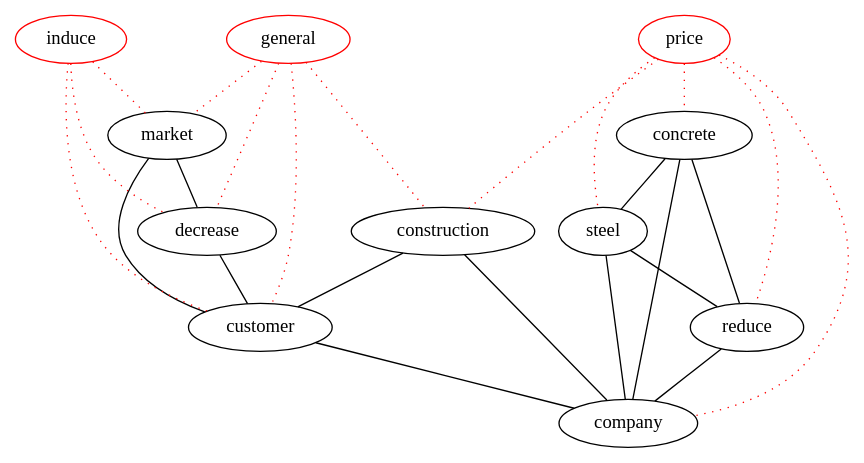
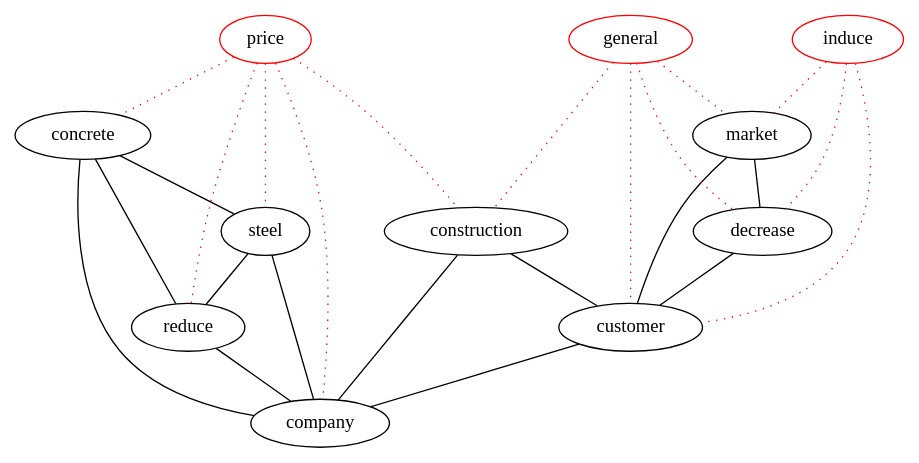
The diagram in dot/d2.dot (michaelweiss/keygraph), drawn with Graphviz before and after one commit. The commit also changed other lines of this file and 3 other files, not shown here.

```diff
--- a/dot/d2.dot
+++ b/dot/d2.dot
@@ -1,38 +1,38 @@
 graph keygraph {
 graph [size="10,10"]
 concrete [color="black"]
 company [color="black"]
-customer [color="black"]
 decrease [color="black"]
-steel [color="black"]
+market [color="black"]
 reduce [color="black"]
 construction [color="black"]
-market [color="black"]
+customer [color="black"]
+steel [color="black"]
+induce [color="red"]
 general [color="red"]
-induce [color="red"]
 price [color="red"]
 construction--customer
 construction--company
 concrete--reduce
 steel--reduce
 customer--company
 market--decrease
 market--customer
 decrease--customer
 concrete--steel
 concrete--company
 steel--company
 reduce--company
-induce--customer [color="red", style="dotted"]
 induce--decrease [color="red", style="dotted"]
 induce--market [color="red", style="dotted"]
+induce--customer [color="red", style="dotted"]
+general--decrease [color="red", style="dotted"]
+general--market [color="red", style="dotted"]
+general--construction [color="red", style="dotted"]
 general--customer [color="red", style="dotted"]
-general--decrease [color="red", style="dotted"]
-general--construction [color="red", style="dotted"]
-general--market [color="red", style="dotted"]
 price--concrete [color="red", style="dotted"]
 price--company [color="red", style="dotted"]
-price--steel [color="red", style="dotted"]
 price--reduce [color="red", style="dotted"]
 price--construction [color="red", style="dotted"]
+price--steel [color="red", style="dotted"]
 }
```
